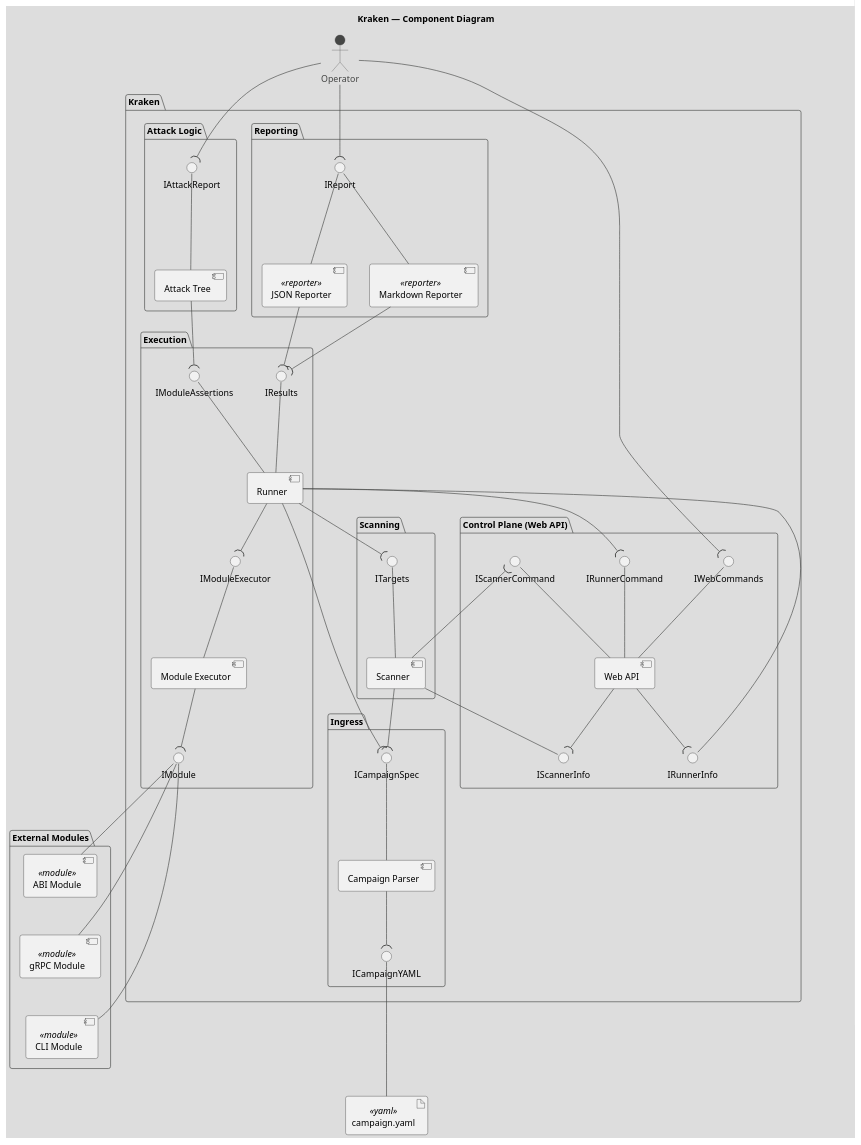
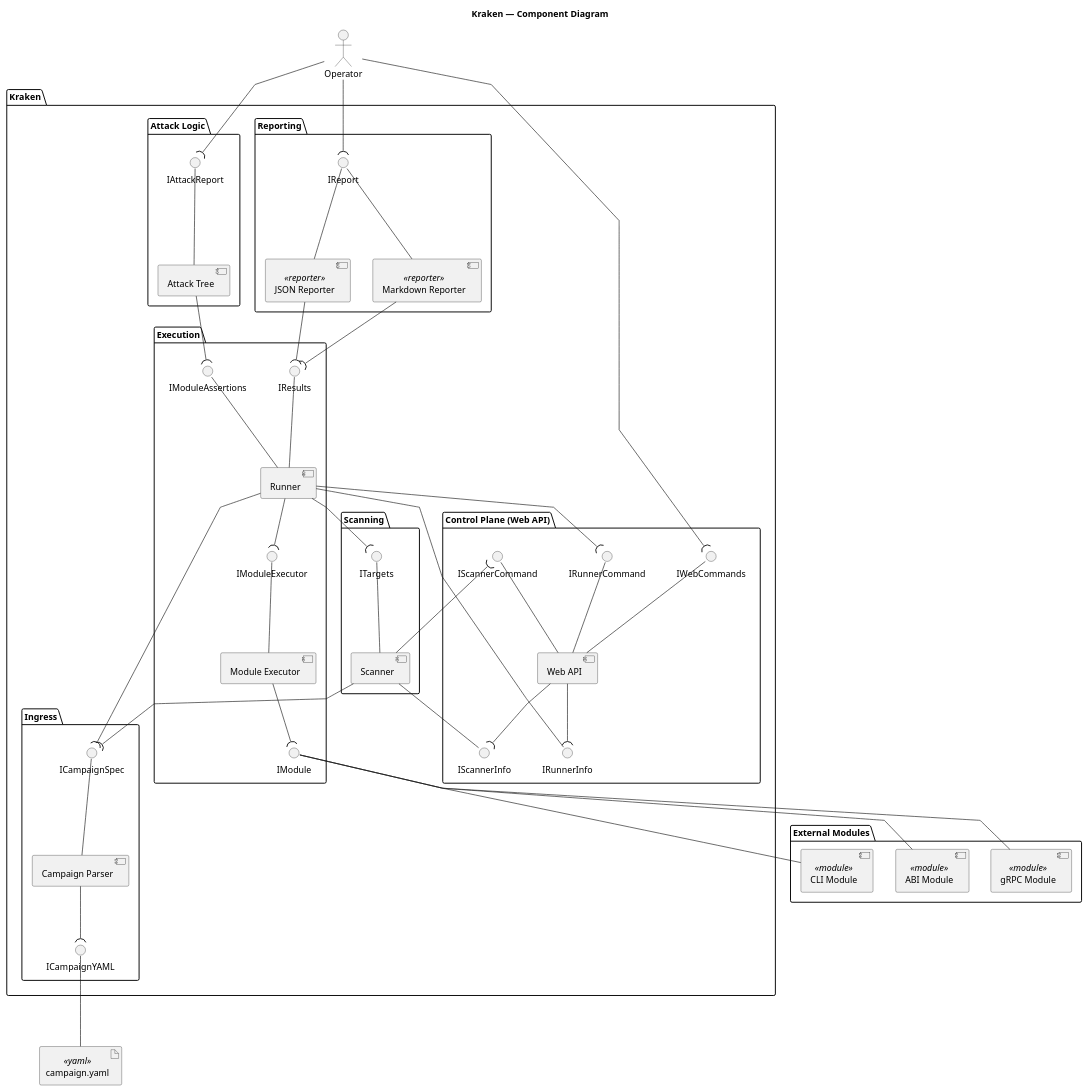
One commit to bytemomo/nautilus changed the diagram in docs/kraken/component.puml. Above: the diagram before and after it, drawn with PlantUML. The commit also changed 2 other files, not shown here.

Commit message:
fix: architecture described via plantuml component diagram

```diff
--- a/docs/kraken/component.puml
+++ b/docs/kraken/component.puml
@@ -1,108 +1,104 @@
 @startuml
-!theme toy
+'!theme toy
 
 title Kraken — Component Diagram 
-/'!pragma layout elk'/
+'!pragma layout elk
 
 ' left to right direction
 ' skinparam componentStyle rectangle
-'skinparam linetype ortho
+skinparam linetype polyline
 ' skinparam shadowing false
 ' skinparam wrapWidth 240
 ' skinparam nodesep 40
 ' skinparam ranksep 35
 ' skinparam packageStyle rectangle
 
 actor "Operator" as ACT
 artifact "campaign.yaml" as YAML <<yaml>>
 
 package "Kraken" as K {
 
   package "Ingress" as L1 {
     [Campaign Parser] as PARSE
     () "ICampaignYAML" as ICampaignYAML
     () "ICampaignSpec" as ICampaignSpec
   }
 
   package "Scanning" as L2 {
     [Scanner] as SCN
     () "ITargets" as ITargets
   }
 
   package "Execution" as L3 {
     [Runner] as RUN
     [Module Executor] as EXEC
     () "IModuleExecutor" as IModuleExecutor
     () "IModule" as IModule
     () "IResults" as IResults
     () "IModuleAssertions" as IModuleAssertions
   }
 
   package "Reporting" as L4 {
     [JSON Reporter] as REP_JSON <<reporter>>
     [Markdown Reporter] as REP_MD <<reporter>>
     () "IReport" as IReport
   }
 
   package "Attack Logic" as L5 {
     [Attack Tree] as ATK
     () "IAttackReport" as IAttackReport
   }
 
   package "Control Plane (Web API)" as L6 {
     [Web API] as WEB
     () "IWebCommands" as IWebCommands
     () "IScannerCommand" as IScannerCmd
     () "IRunnerCommand" as IRunnerCmd
     () "IScannerInfo" as IScannerInfo
     () "IRunnerInfo" as IRunnerInfo
   }
 }
 
 package "External Modules" as EXT {
   [ABI Module]  as MOD_ABI  <<module>>
   [gRPC Module] as MOD_GPR  <<module>>
   [CLI Module]  as MOD_CLI  <<module>>
 }
 
 
 ICampaignYAML     --- YAML
 ICampaignSpec     --- PARSE
 ITargets          --- SCN
 IModuleExecutor   --- EXEC
 IModule           --- MOD_ABI
 IModule           --- MOD_GPR
 IModule           --- MOD_CLI
 IResults          --- RUN
 IModuleAssertions --- RUN
 IReport           --- REP_JSON
 IReport           --- REP_MD
 IAttackReport     --- ATK
 IWebCommands      --- WEB
 IScannerCmd       --- WEB
 IRunnerCmd        --- WEB
 IScannerInfo      --- SCN
 IRunnerInfo       --- RUN
 
 PARSE  --( ICampaignYAML
 SCN    --( ICampaignSpec
 RUN    --( ICampaignSpec
 RUN    --( ITargets
 RUN    --( IModuleExecutor
 EXEC   --( IModule
 REP_JSON --( IResults
 REP_MD   --( IResults
 ATK    --( IModuleAssertions
 ACT    --( IReport
 ACT    --( IAttackReport
 ACT    --( IWebCommands
 SCN    --( IScannerCmd
 RUN    --( IRunnerCmd
 WEB    --( IScannerInfo
 WEB    --( IRunnerInfo
 
-EXEC -[hidden]-> MOD_ABI
-MOD_ABI -[hidden]-> MOD_GPR
-MOD_GPR -[hidden]-> MOD_CLI
-
 @enduml
```
